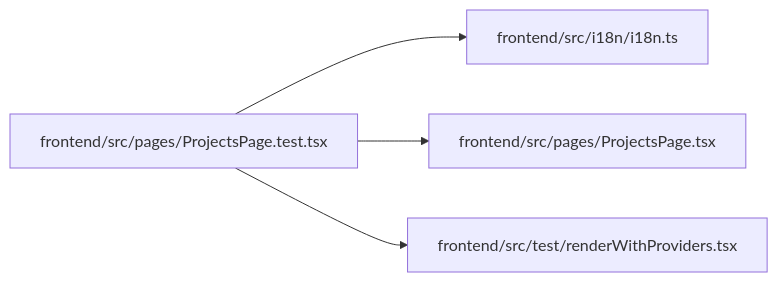
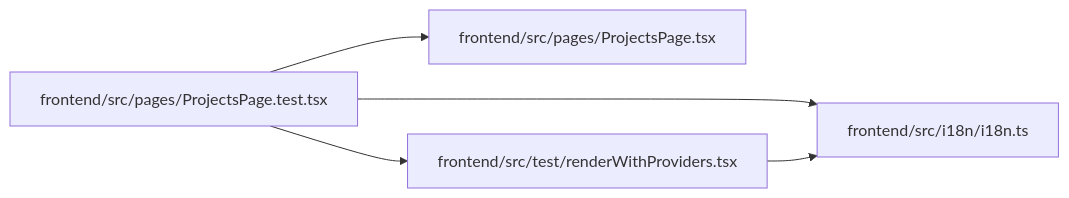
Before and after one commit to Denissvgn/WorkChord: the diagram in docs/llm_wiki/modules/ProjectsPage.test.md, drawn with Mermaid. The commit also changed other lines of this file and 25171 other files, not shown here.

````diff
--- a/docs/llm_wiki/modules/ProjectsPage.test.md
+++ b/docs/llm_wiki/modules/ProjectsPage.test.md
@@ -29,14 +29,15 @@
 ```mermaid
 flowchart LR
     n0["frontend/src/i18n/i18n.ts"]
     n1["frontend/src/pages/ProjectsPage.test.tsx"]
     n2["frontend/src/pages/ProjectsPage.tsx"]
     n3["frontend/src/test/renderWithProviders.tsx"]
     n1 --> n0
     n1 --> n2
     n1 --> n3
+    n3 --> n0
     click n0 "../modules/i18n.md"
     click n1 "../modules/ProjectsPage.test.md"
     click n2 "../modules/ProjectsPage.md"
     click n3 "../modules/renderWithProviders.md"
 ```
````
